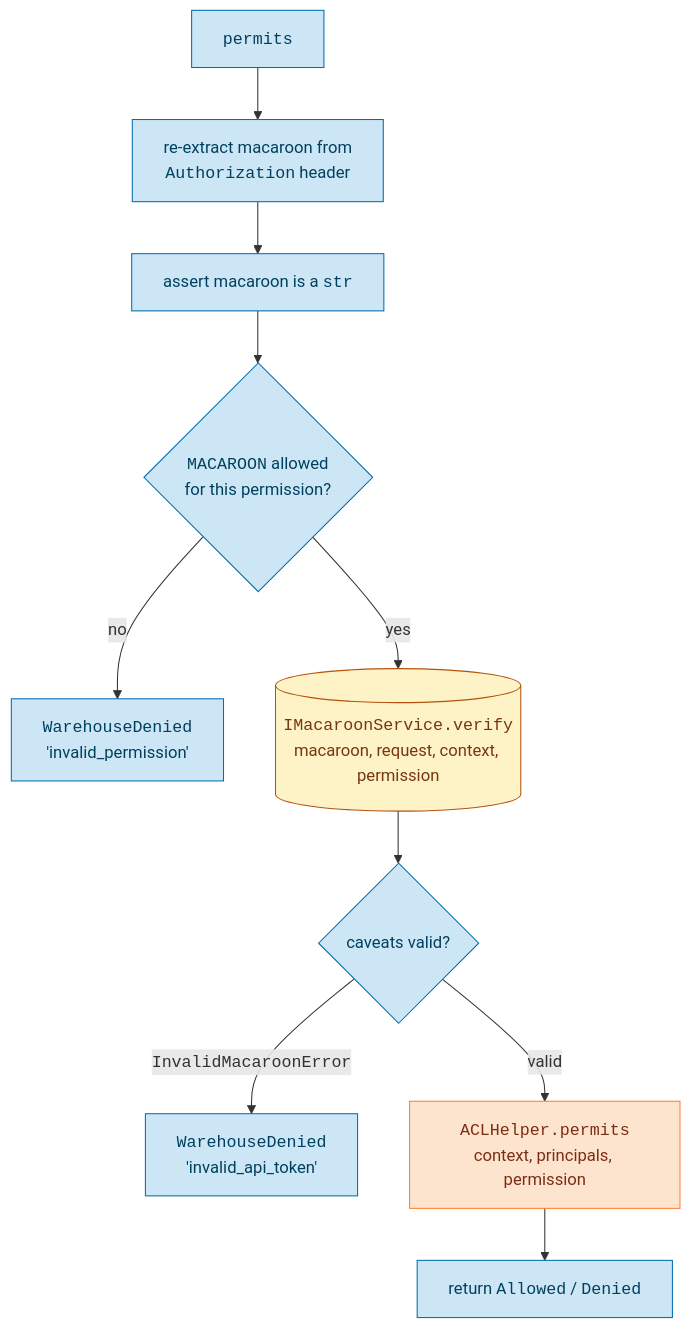
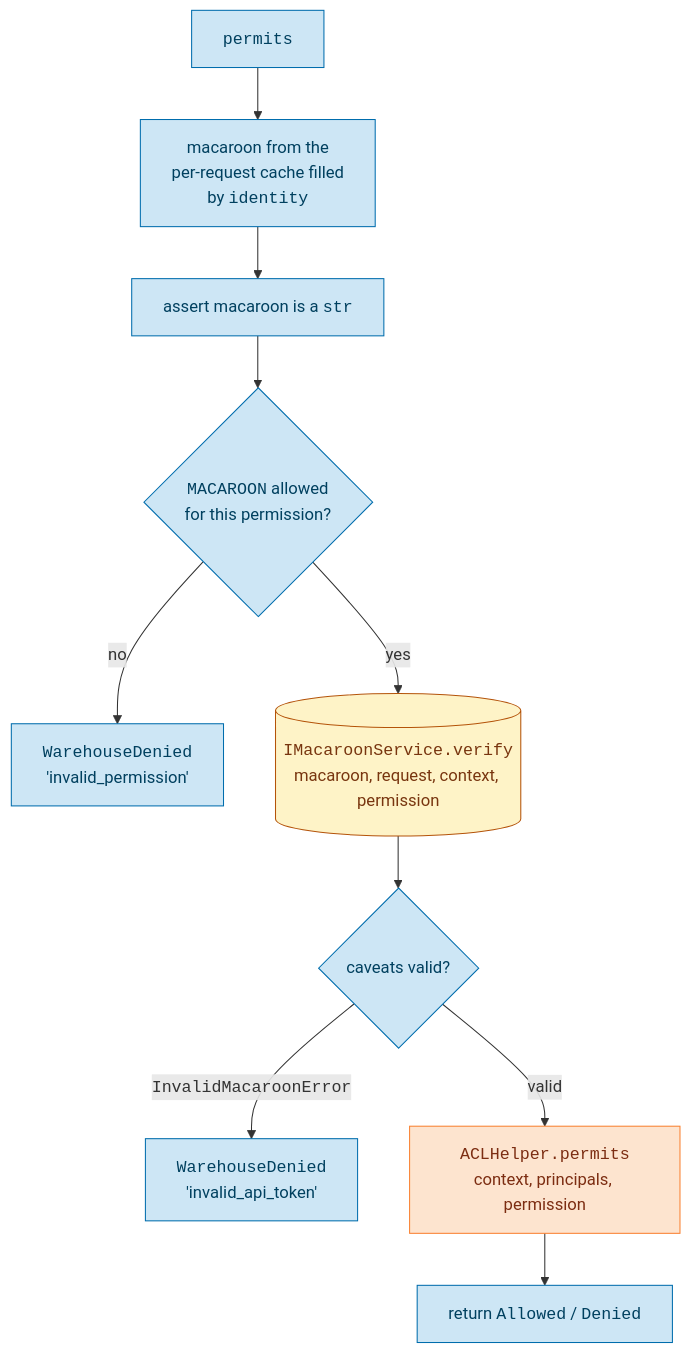
Before and after one commit to pypi/warehouse: the eighth of 10 diagrams in docs/dev/security/security-policy-flow.md, drawn with Mermaid. The commit also changed 2 other files, not shown here.

Commit message:
fix: cache macaroon extraction per request
identity() and permits() both pulled the token out of the Authorization
header, so the auth_method metric counted every token request twice.
Cache the extraction on the request: the metric counts once, and
permits() authorizes the same token that produced the identity.

Refs: #14616

````diff
--- a/docs/dev/security/security-policy-flow.md
+++ b/docs/dev/security/security-policy-flow.md
@@ -372,15 +372,15 @@
 ```mermaid
 flowchart TD
-    A[<code>permits</code>]:::warehouse --> EX[re-extract macaroon from<br/><code>Authorization</code> header]:::warehouse
+    A[<code>permits</code>]:::warehouse --> EX[macaroon from the<br/>per-request cache filled<br/>by <code>identity</code>]:::warehouse
     EX --> ASSERT[assert macaroon is a <code>str</code>]:::warehouse
     ASSERT --> ALLOW{<code>MACAROON</code> allowed<br/>for this permission?}:::warehouse
     ALLOW -->|no| D1[<code>WarehouseDenied</code><br/>'invalid_permission']:::warehouse
     ALLOW -->|yes| VERIFY[(<code>IMacaroonService.verify</code><br/>macaroon, request, context, permission)]:::service
     VERIFY --> VRES{caveats valid?}:::warehouse
     VRES -->|<code>InvalidMacaroonError</code>| D2[<code>WarehouseDenied</code><br/>'invalid_api_token']:::warehouse
     VRES -->|valid| ACL[<code>ACLHelper.permits</code><br/>context, principals, permission]:::pyramid
     ACL --> RET[return <code>Allowed</code> / <code>Denied</code>]:::warehouse
     classDef pyramid fill:#fde4cf,stroke:#f98131,color:#7c2d12
     classDef warehouse fill:#cde6f5,stroke:#006dad,color:#00405f
     classDef service fill:#fef3c7,stroke:#b45309,color:#78350f
 ```
````
